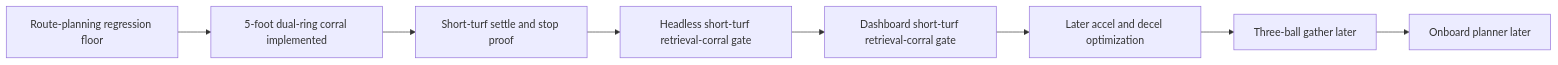
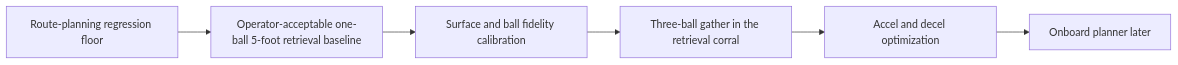
Before and after one commit to fsmalkin/chasebot: the diagram in docs/LLM_BROWSER_UAT_PLAN.md, drawn with Mermaid. The commit also changed other lines of this file and 2 other files, not shown here.

Commit message:
docs: lock retrieval baseline and shift to fidelity calibration

````diff
--- a/docs/LLM_BROWSER_UAT_PLAN.md
+++ b/docs/LLM_BROWSER_UAT_PLAN.md
@@ -368,10 +374,8 @@
 ```mermaid
 flowchart LR
-    A[Route-planning regression floor] --> B[5-foot dual-ring corral implemented]
-    B --> C[Short-turf settle and stop proof]
-    C --> D[Headless short-turf retrieval-corral gate]
-    D --> E[Dashboard short-turf retrieval-corral gate]
-    E --> F[Later accel and decel optimization]
-    F --> G[Three-ball gather later]
-    G --> H[Onboard planner later]
+    A[Route-planning regression floor] --> B[Operator-acceptable one-ball 5-foot retrieval baseline]
+    B --> C[Surface and ball fidelity calibration]
+    C --> D[Three-ball gather in the retrieval corral]
+    D --> E[Accel and decel optimization]
+    E --> F[Onboard planner later]
 ```
````
